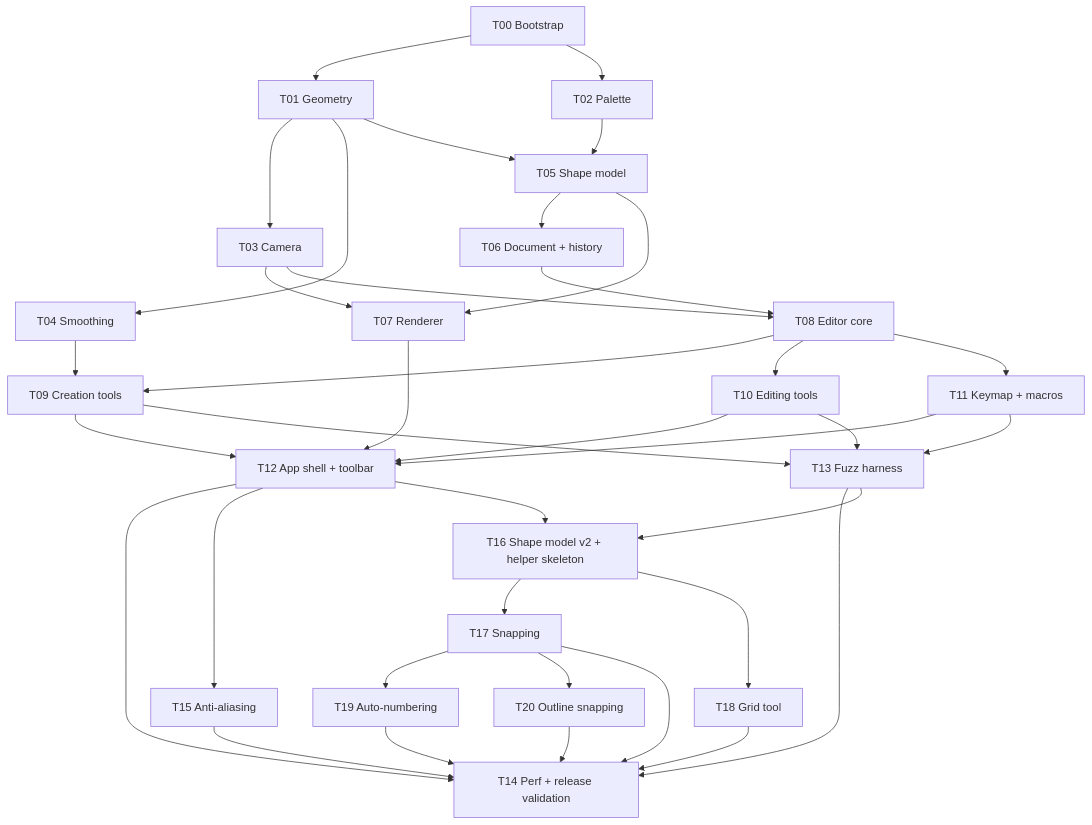
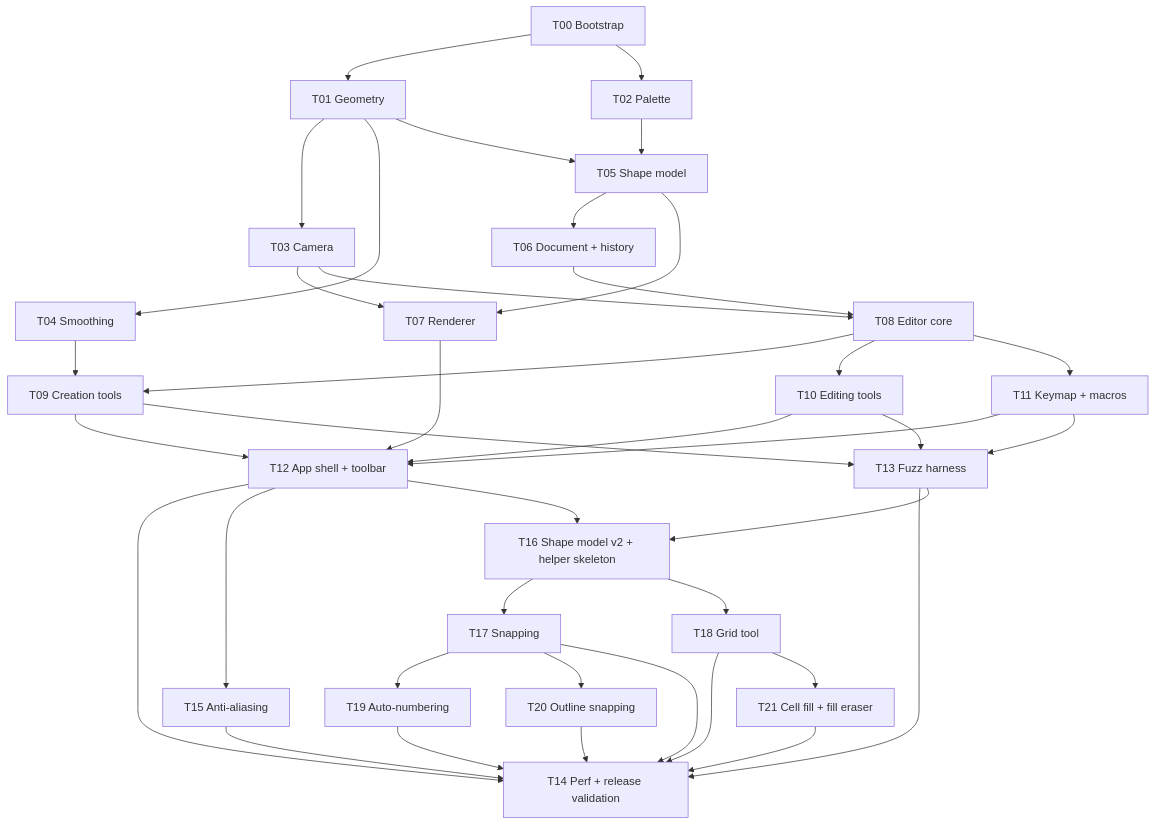
The diagram in docs/tasks/Task Board.md (UmBender/draw), drawn with Mermaid before and after one commit. The commit also changed other lines of this file and 4 other files, not shown here.

````diff
--- a/docs/tasks/Task Board.md
+++ b/docs/tasks/Task Board.md
@@ -12,39 +12,41 @@
 ```mermaid
 flowchart TD
   T00[T00 Bootstrap] --> T01[T01 Geometry]
   T00 --> T02[T02 Palette]
   T01 --> T03[T03 Camera]
   T01 --> T04[T04 Smoothing]
   T01 --> T05[T05 Shape model]
   T02 --> T05
   T05 --> T06[T06 Document + history]
   T03 --> T07[T07 Renderer]
   T05 --> T07
   T03 --> T08[T08 Editor core]
   T06 --> T08
   T08 --> T09[T09 Creation tools]
   T04 --> T09
   T08 --> T10[T10 Editing tools]
   T08 --> T11[T11 Keymap + macros]
   T07 --> T12[T12 App shell + toolbar]
   T09 --> T12
   T10 --> T12
   T11 --> T12
   T09 --> T13[T13 Fuzz harness]
   T10 --> T13
   T11 --> T13
   T12 --> T14[T14 Perf + release validation]
   T13 --> T14
   T12 --> T15[T15 Anti-aliasing]
   T12 --> T16[T16 Shape model v2 + helper skeleton]
   T13 --> T16
   T16 --> T17[T17 Snapping]
   T16 --> T18[T18 Grid tool]
   T17 --> T19[T19 Auto-numbering]
   T17 --> T20[T20 Outline snapping]
   T15 --> T14
   T17 --> T14
   T18 --> T14
   T19 --> T14
   T20 --> T14
+  T18 --> T21[T21 Cell fill + fill eraser]
+  T21 --> T14
 ```
````
